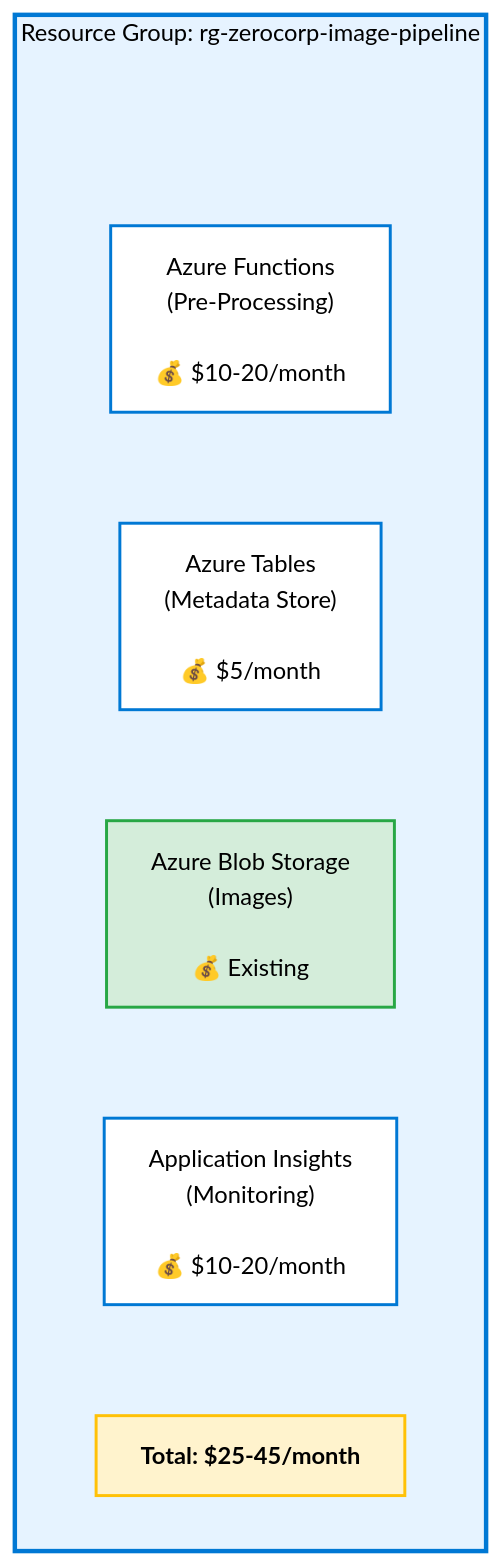
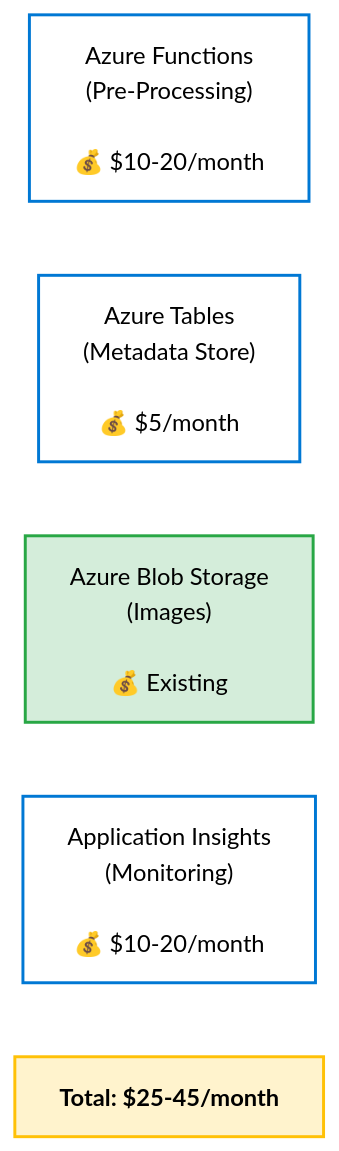
Before and after one commit to anandSgunti/cloud: the fourth of 5 diagrams in 02-The-Bug/02_Solution_Architecture.md, drawn with Mermaid.

````diff
--- a/02-The-Bug/02_Solution_Architecture.md
+++ b/02-The-Bug/02_Solution_Architecture.md
@@ -201,27 +201,19 @@
 ```mermaid
 graph TB
-    subgraph RG["Resource Group: rg-zerocorp-image-pipeline"]
-        direction TB
-        SPACER1[" "]
-        AF["Azure Functions<br/>(Pre-Processing)<br/><br/>💰 $10-20/month"]
-        AT["Azure Tables<br/>(Metadata Store)<br/><br/>💰 $5/month"]
-        BS["Azure Blob Storage<br/>(Images)<br/><br/>💰 Existing"]
-        AI["Application Insights<br/>(Monitoring)<br/><br/>💰 $10-20/month"]
-        TOTAL["Total: $25-45/month"]
-        
-        SPACER1 ~~~ AF
-        AF ~~~ AT
-        AT ~~~ BS
-        BS ~~~ AI
-        AI ~~~ TOTAL
-    end
+    AF["Azure Functions<br/>(Pre-Processing)<br/><br/>💰 $10-20/month"]
+    AT["Azure Tables<br/>(Metadata Store)<br/><br/>💰 $5/month"]
+    BS["Azure Blob Storage<br/>(Images)<br/><br/>💰 Existing"]
+    AI["Application Insights<br/>(Monitoring)<br/><br/>💰 $10-20/month"]
+    TOTAL["Total: $25-45/month"]
     
-    style RG fill:#e6f3ff,stroke:#0078d4,stroke-width:3px,color:#000
+    AF ~~~ AT
+    AT ~~~ BS
+    BS ~~~ AI
+    AI ~~~ TOTAL
+    
     style AF fill:#fff,stroke:#0078d4,stroke-width:2px,color:#000
     style AT fill:#fff,stroke:#0078d4,stroke-width:2px,color:#000
     style BS fill:#d4edda,stroke:#28a745,stroke-width:2px,color:#000
     style AI fill:#fff,stroke:#0078d4,stroke-width:2px,color:#000
     style TOTAL fill:#fff3cd,stroke:#ffc107,stroke-width:2px,color:#000,font-weight:bold
-    
-    style SPACER1 fill:none,stroke:none,color:transparent
 ```
````
